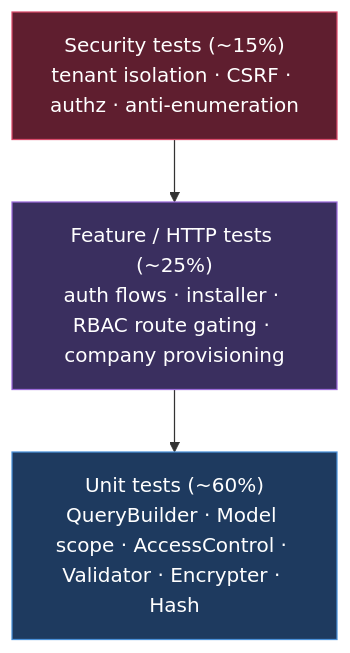
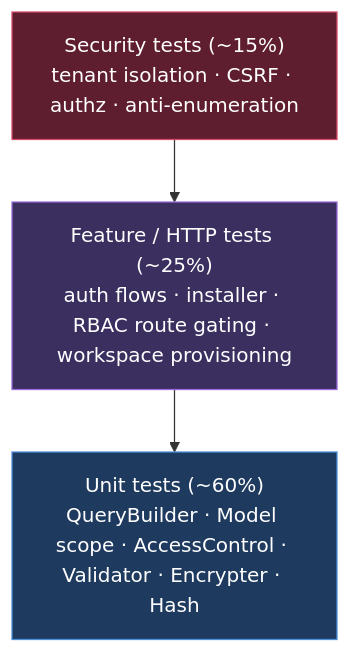
Before and after one commit to ammarnabileg/crm: the first of 2 diagrams in docs/39-Testing-Strategy.md, drawn with Mermaid. The commit also changed other lines of this file and 47 other files, not shown here.

````diff
--- a/docs/39-Testing-Strategy.md
+++ b/docs/39-Testing-Strategy.md
@@ -46,10 +46,10 @@
 ```mermaid
 graph TD
     A["Security tests (~15%)<br/>tenant isolation · CSRF · authz · anti-enumeration"] 
-    B["Feature / HTTP tests (~25%)<br/>auth flows · installer · RBAC route gating · company provisioning"]
+    B["Feature / HTTP tests (~25%)<br/>auth flows · installer · RBAC route gating · workspace provisioning"]
     C["Unit tests (~60%)<br/>QueryBuilder · Model scope · AccessControl · Validator · Encrypter · Hash"]
     A --> B --> C
     style C fill:#1e3a5f,stroke:#4a90d9,color:#fff
     style B fill:#3a2f5f,stroke:#9a6ad9,color:#fff
     style A fill:#5f1e2f,stroke:#d94a6a,color:#fff
 ```
````
